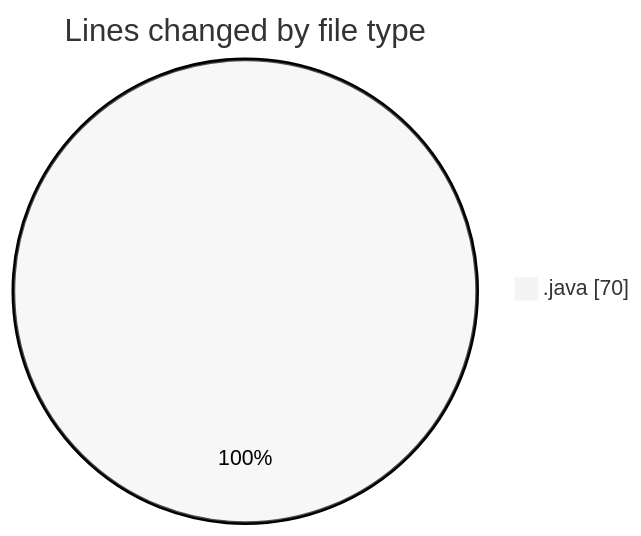
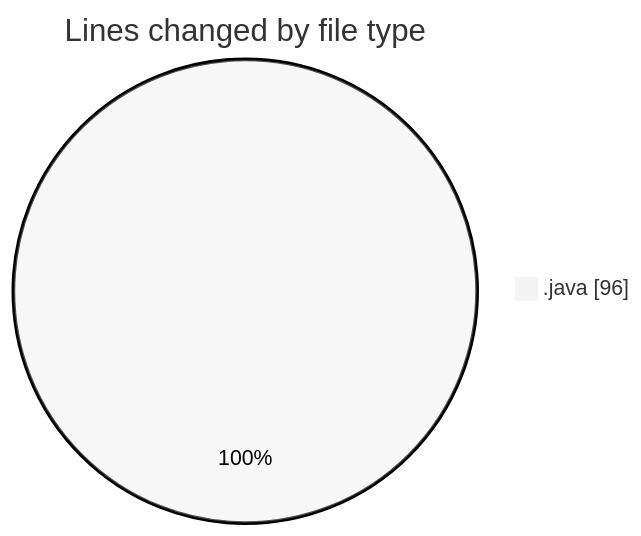
Before and after one commit to ricardozamudiocil/code-tracking: the first of 2 diagrams in 2026-06-18/cilapp/README.md, drawn with Mermaid (neutral theme). The commit also changed other lines of this file and 1 other file, not shown here.

````diff
--- a/2026-06-18/cilapp/README.md
+++ b/2026-06-18/cilapp/README.md
@@ -20,5 +20,5 @@
 ```mermaid
 pie showData
 title Lines changed by file type
-".java" : 70
+".java" : 96
 ```
````
